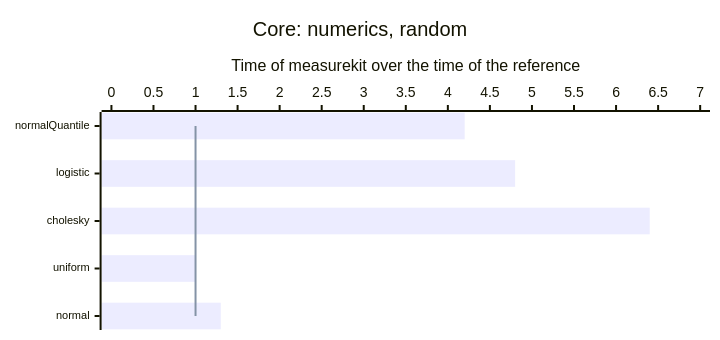
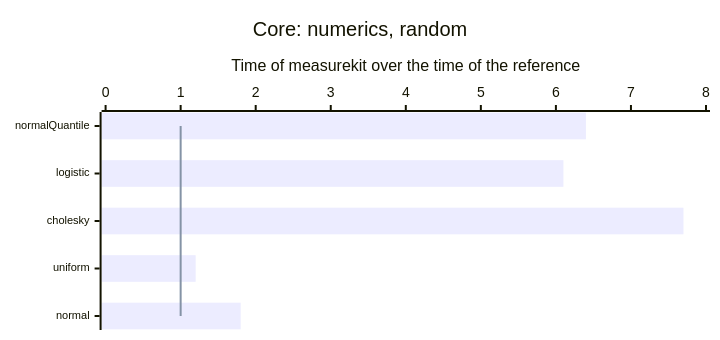
The second of 11 diagrams in docs/performance.md (measurekit/measurekit), drawn with Mermaid before and after one commit. The commit also changed other lines of this file and 15 other files, not shown here.

````diff
--- a/docs/performance.md
+++ b/docs/performance.md
@@ -23,9 +23,9 @@
 ```mermaid
 %%{init: {"xyChart": {"height": 320, "xAxis": {"labelFontSize": 11}}}}%%
 xychart-beta horizontal
   title "Core: numerics, random"
   x-axis ["normalQuantile", "logistic", "cholesky", "uniform", "normal"]
-  y-axis "Time of measurekit over the time of the reference" 0 --> 7
-  bar [4.2, 4.8, 6.4, 1, 1.3]
+  y-axis "Time of measurekit over the time of the reference" 0 --> 8
+  bar [6.4, 6.1, 7.7, 1.2, 1.8]
   line [1, 1, 1, 1, 1]
 ```
````
